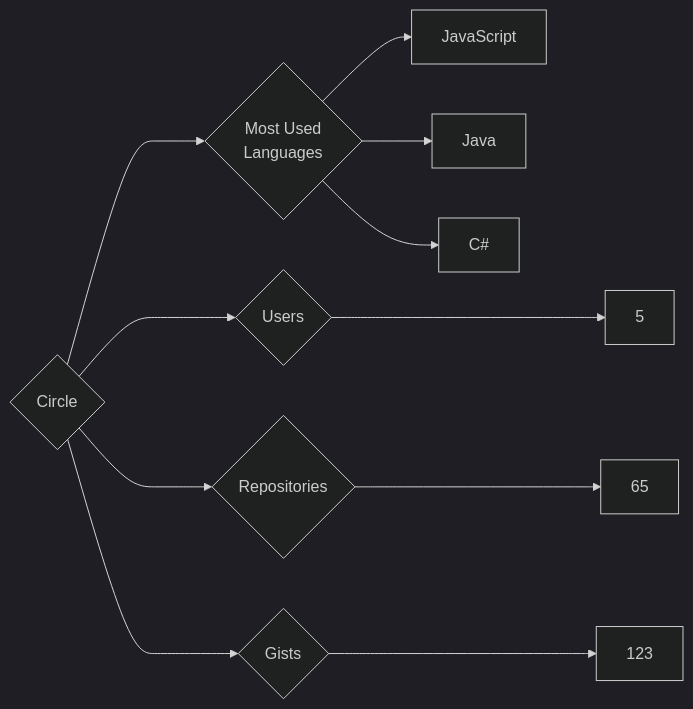
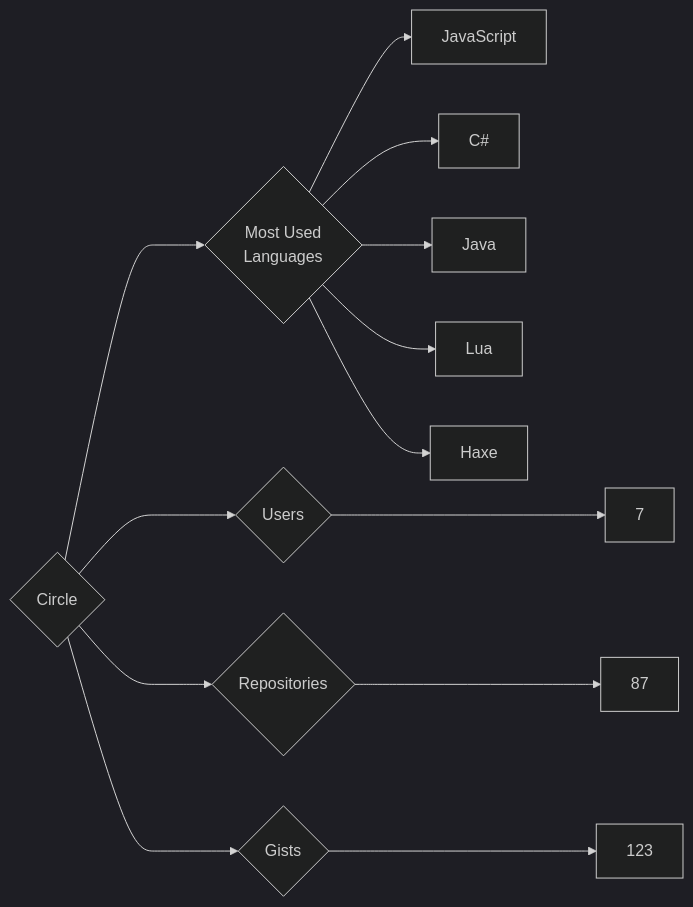
The diagram in targets/Circle/README.md (trickest/insiders), drawn with Mermaid (dark theme) before and after one commit. The commit also changed 912 other files, not shown here.

````diff
--- a/targets/Circle/README.md
+++ b/targets/Circle/README.md
@@ -3,11 +3,13 @@
 ```mermaid
 graph LR
 COMPANY_NAME{Circle}
-COMPANY_NAME ---> U{Users} ---> UN[5]
-COMPANY_NAME ---> R{Repositories} ---> RN[65]
+COMPANY_NAME ---> U{Users} ---> UN[7]
+COMPANY_NAME ---> R{Repositories} ---> RN[87]
 COMPANY_NAME ---> G{Gists} ---> GN[123]
 COMPANY_NAME ---> ML{Most Used<br>Languages}
 ML --> JavaScript[JavaScript]
+ML --> C#[C#]
 ML --> Java[Java]
-ML --> C#[C#]
+ML --> Lua[Lua]
+ML --> Haxe[Haxe]
 ```
````
